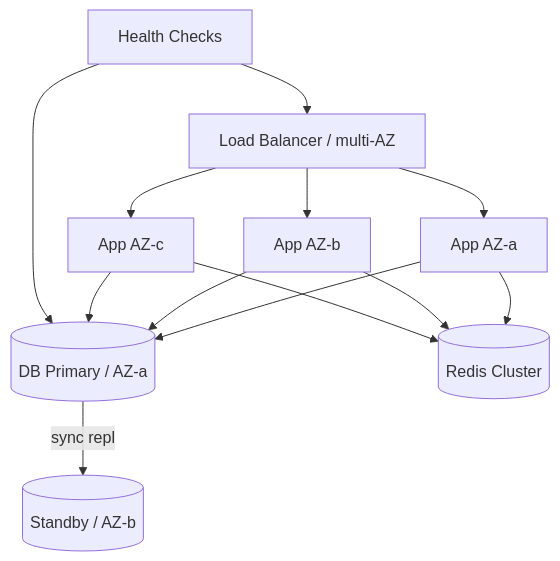
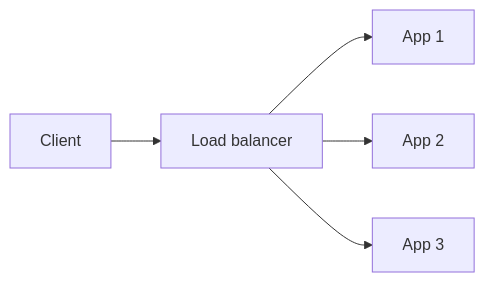
The sixth of 34 diagrams in 12-reliability-engineering/README.md (hareramcse/SystemDesign), drawn with Mermaid before and after one commit. The commit also changed other lines of this file and 1 other file, not shown here.

````diff
--- a/12-reliability-engineering/README.md
+++ b/12-reliability-engineering/README.md
@@ -125,11 +179,7 @@
 ```mermaid
-flowchart TB
-    LB[Load Balancer / multi-AZ] --> A1[App AZ-a]
-    LB --> A2[App AZ-b]
-    LB --> A3[App AZ-c]
-    A1 & A2 & A3 --> DBP[(DB Primary / AZ-a)]
-    DBP -->|sync repl| DBS[(Standby / AZ-b)]
-    A1 & A2 & A3 --> Cache[(Redis Cluster)]
-    HC[Health Checks] --> LB
-    HC --> DBP
+flowchart LR
+    Client[Client] --> LB[Load balancer]
+    LB --> App1[App 1]
+    LB --> App2[App 2]
+    LB --> App3[App 3]
 ```
````
